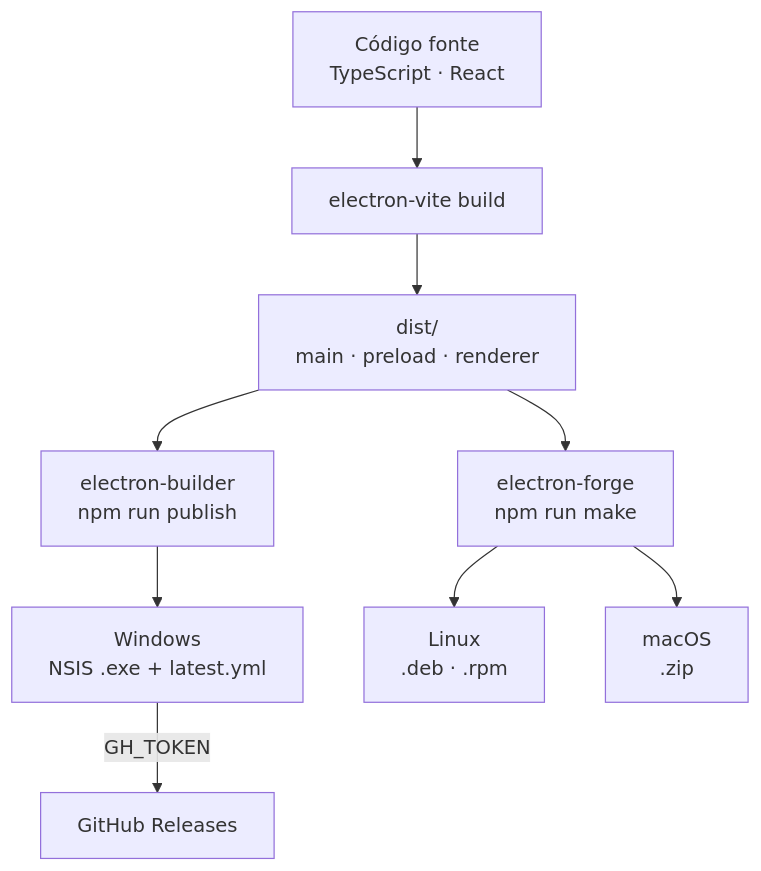
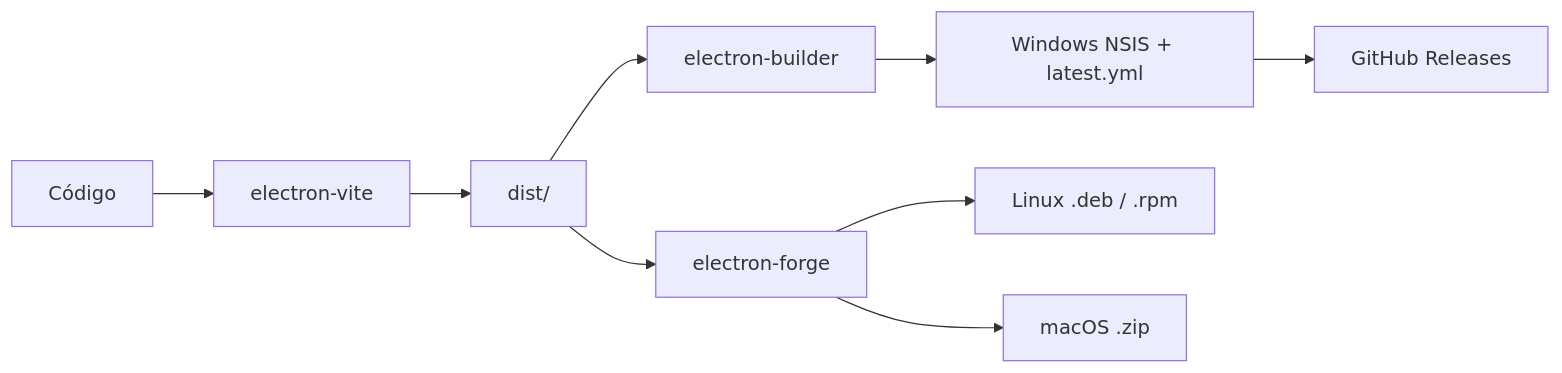
The third of 3 diagrams in README.md (DhioneCastilhoBarbosa/suite-device-app), drawn with Mermaid before and after one commit. The commit also changed other lines of this file, not shown here.

````diff
--- a/README.md
+++ b/README.md
@@ -326,17 +197,11 @@
 ```mermaid
-flowchart TD
-    SRC["Código fonte\nTypeScript · React"]
-    VITE["electron-vite build"]
-    DIST["dist/\nmain · preload · renderer"]
-
-    SRC --> VITE --> DIST
-
-    DIST --> BUILDER["electron-builder\nnpm run publish"]
-    DIST --> FORGE["electron-forge\nnpm run make"]
-
-    BUILDER --> WIN["Windows\nNSIS .exe + latest.yml"]
-    FORGE   --> LIN["Linux\n.deb · .rpm"]
-    FORGE   --> MAC["macOS\n.zip"]
-
-    WIN -->|GH_TOKEN| GHR["GitHub Releases"]
+flowchart LR
+    SRC[Código] --> VITE[electron-vite]
+    VITE --> DIST[dist/]
+    DIST --> EB[electron-builder]
+    DIST --> EF[electron-forge]
+    EB --> WIN[Windows NSIS + latest.yml]
+    EF --> LIN[Linux .deb / .rpm]
+    EF --> MAC[macOS .zip]
+    WIN --> GH[GitHub Releases]
 ```
````
